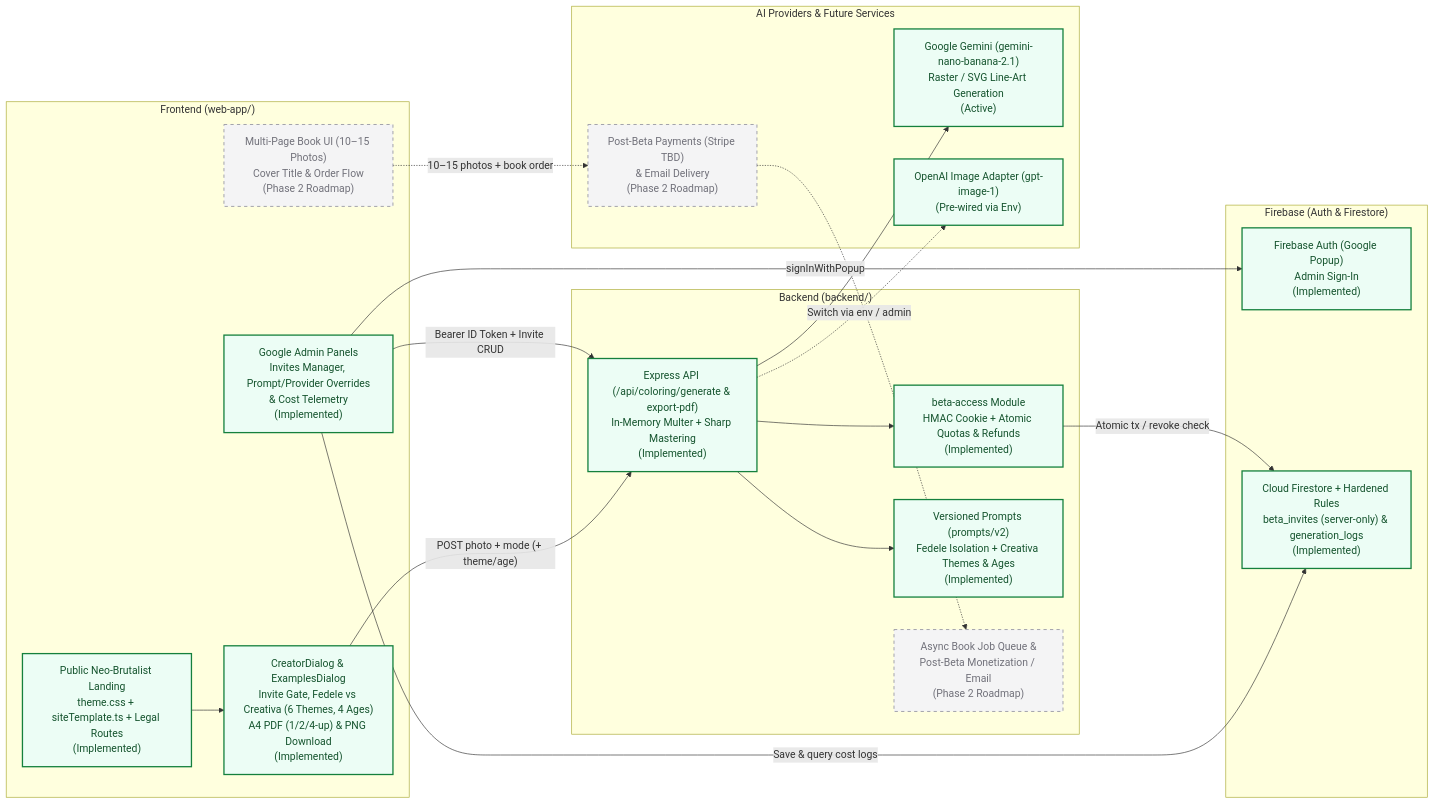
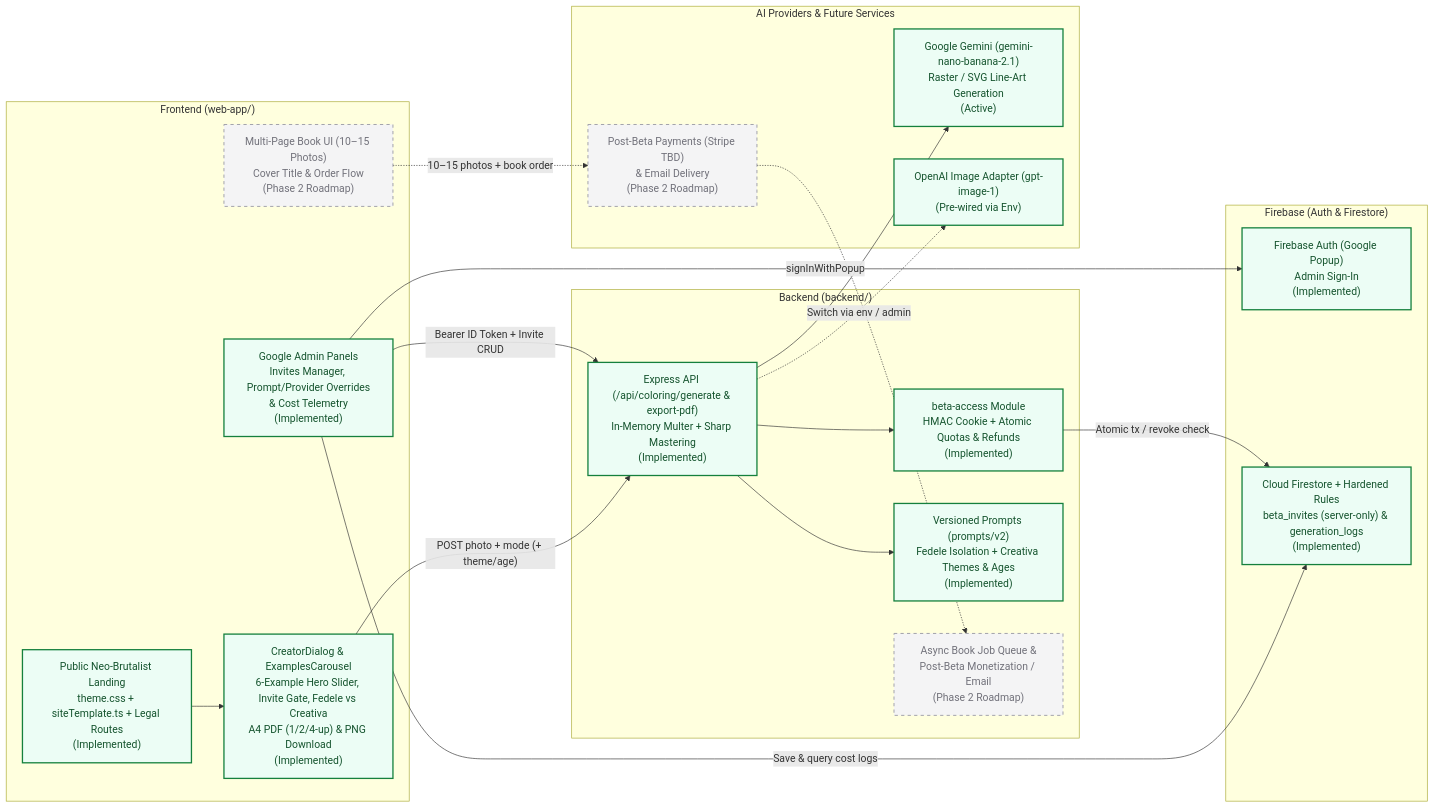
The diagram in README.md (MarcoFierimonte/ColoraStoriaAI), drawn with Mermaid before and after one commit. The commit also changed other lines of this file and 11 other files, not shown here.

Commit message:
feat(hero): move 6 real examples into fixed-slot horizontal carousel

````diff
--- a/README.md
+++ b/README.md
@@ -50,44 +50,44 @@
 ```mermaid
 flowchart LR
   subgraph Client["Frontend (web-app/)"]
     Landing["Public Neo-Brutalist Landing<br/>theme.css + siteTemplate.ts + Legal Routes<br/>(Implemented)"]:::done
-    Creator["CreatorDialog & ExamplesDialog<br/>Invite Gate, Fedele vs Creativa (6 Themes, 4 Ages)<br/>A4 PDF (1/2/4-up) & PNG Download<br/>(Implemented)"]:::done
+    Creator["CreatorDialog & ExamplesCarousel<br/>6-Example Hero Slider, Invite Gate, Fedele vs Creativa<br/>A4 PDF (1/2/4-up) & PNG Download<br/>(Implemented)"]:::done
     AdminUI["Google Admin Panels<br/>Invites Manager, Prompt/Provider Overrides<br/>& Cost Telemetry<br/>(Implemented)"]:::done
     BookUI["Multi-Page Book UI (10–15 Photos)<br/>Cover Title & Order Flow<br/>(Phase 2 Roadmap)"]:::pending
   end
 
   subgraph Firebase["Firebase (Auth & Firestore)"]
     FirebaseAuth["Firebase Auth (Google Popup)<br/>Admin Sign-In<br/>(Implemented)"]:::done
     Firestore["Cloud Firestore + Hardened Rules<br/>beta_invites (server-only) & generation_logs<br/>(Implemented)"]:::done
   end
 
   subgraph Server["Backend (backend/)"]
     BetaGate["beta-access Module<br/>HMAC Cookie + Atomic Quotas & Refunds<br/>(Implemented)"]:::done
     API["Express API (/api/coloring/generate & export-pdf)<br/>In-Memory Multer + Sharp Mastering<br/>(Implemented)"]:::done
     Prompts["Versioned Prompts (prompts/v2)<br/>Fedele Isolation + Creativa Themes & Ages<br/>(Implemented)"]:::done
     JobQueue["Async Book Job Queue &<br/>Post-Beta Monetization / Email<br/>(Phase 2 Roadmap)"]:::pending
   end
 
   subgraph External["AI Providers & Future Services"]
     Gemini["Google Gemini (gemini-nano-banana-2.1)<br/>Raster / SVG Line-Art Generation<br/>(Active)"]:::done
     OpenAI["OpenAI Image Adapter (gpt-image-1)<br/>(Pre-wired via Env)"]:::done
     Monetization["Post-Beta Payments (Stripe TBD)<br/>& Email Delivery<br/>(Phase 2 Roadmap)"]:::pending
   end
 
   Landing --> Creator
   Creator -->|"POST photo + mode (+ theme/age)"| API
   AdminUI -->|"signInWithPopup"| FirebaseAuth
   AdminUI -->|"Bearer ID Token + Invite CRUD"| API
   AdminUI -->|"Save & query cost logs"| Firestore
   BookUI -.->|"10–15 photos + book order"| Monetization
 
   API --> BetaGate
   BetaGate -->|"Atomic tx / revoke check"| Firestore
   API --> Prompts
   API --> Gemini
   API -.->|"Switch via env / admin"| OpenAI
   Monetization -.-> JobQueue
 
   classDef done fill:#ecfdf5,stroke:#15803d,stroke-width:2px,color:#14532d
   classDef pending fill:#f4f4f5,stroke:#a1a1aa,stroke-width:1.5px,stroke-dasharray:5 5,color:#71717a
 ```
````
